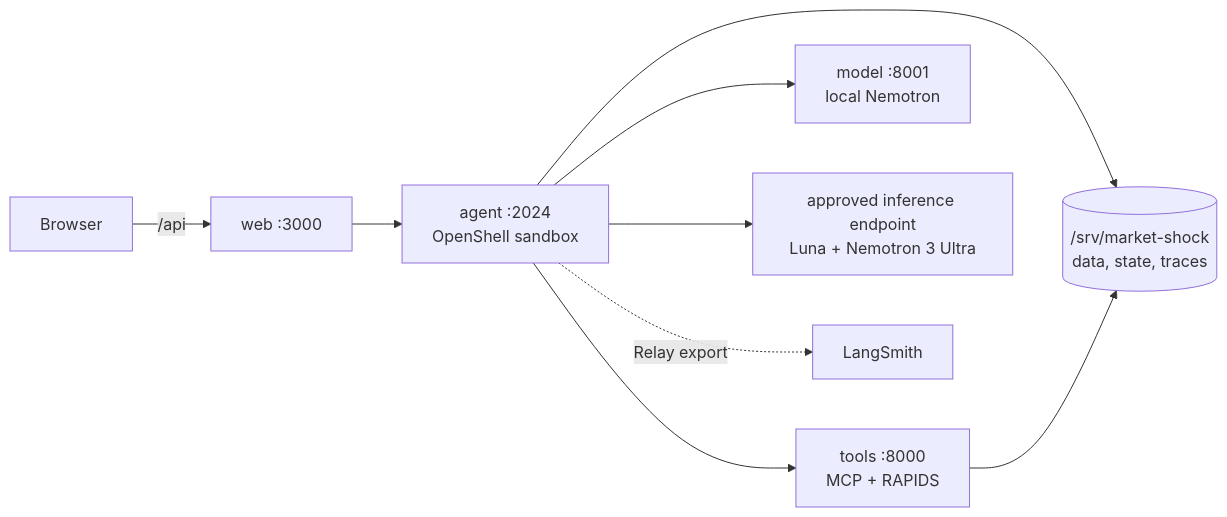
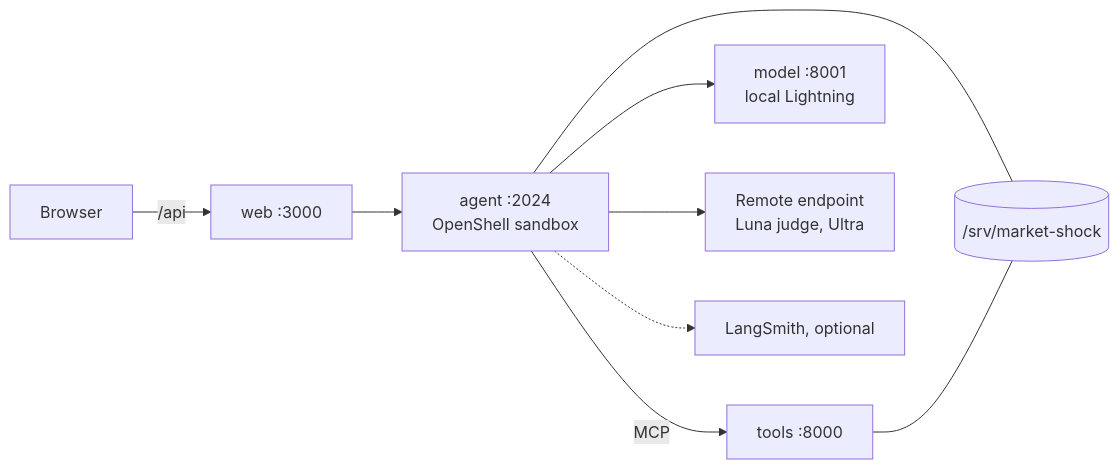
Before and after one commit to pastorsj/market-analysis-demo: the diagram in docs/ARCHITECTURE.md, drawn with Mermaid. The commit also changed other lines of this file and 5 other files, not shown here.

````diff
--- a/docs/ARCHITECTURE.md
+++ b/docs/ARCHITECTURE.md
@@ -8,20 +7,11 @@
 ```mermaid
 flowchart LR
-    browser[Browser]
-    web[web :3000]
-    agent[agent :2024\nOpenShell sandbox]
-    tools[tools :8000\nMCP + RAPIDS]
-    model[model :8001\nlocal Nemotron]
-    endpoint[approved inference endpoint\nLuna + Nemotron 3 Ultra]
-    runtime[(/srv/market-shock\ndata, state, traces)]
-    smith[LangSmith]
-
-    browser -->|/api| web
-    web --> agent
-    agent --> tools
-    agent --> model
-    agent --> endpoint
-    agent --> runtime
-    tools --> runtime
-    agent -. Relay export .-> smith
+    browser[Browser] -->|/api| web[web :3000]
+    web --> agent[agent :2024<br/>OpenShell sandbox]
+    agent -->|MCP| tools[tools :8000]
+    agent --> model[model :8001<br/>local Lightning]
+    agent --> remote[Remote endpoint<br/>Luna judge, Ultra]
+    agent -.-> smith[LangSmith, optional]
+    agent --- runtime[(/srv/market-shock)]
+    tools --- runtime
 ```
````
